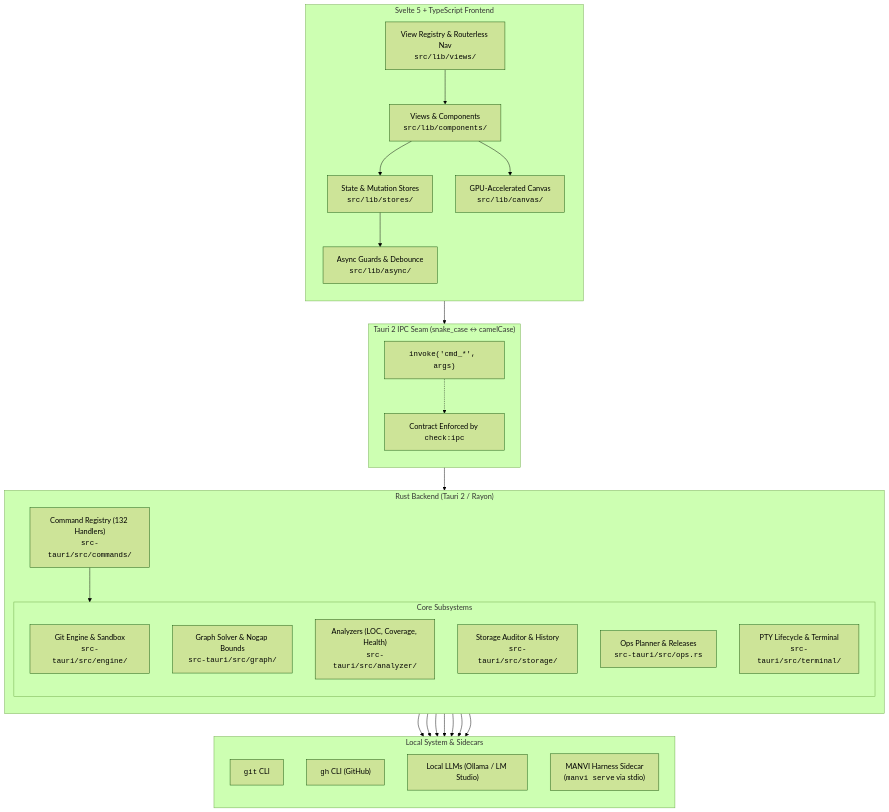
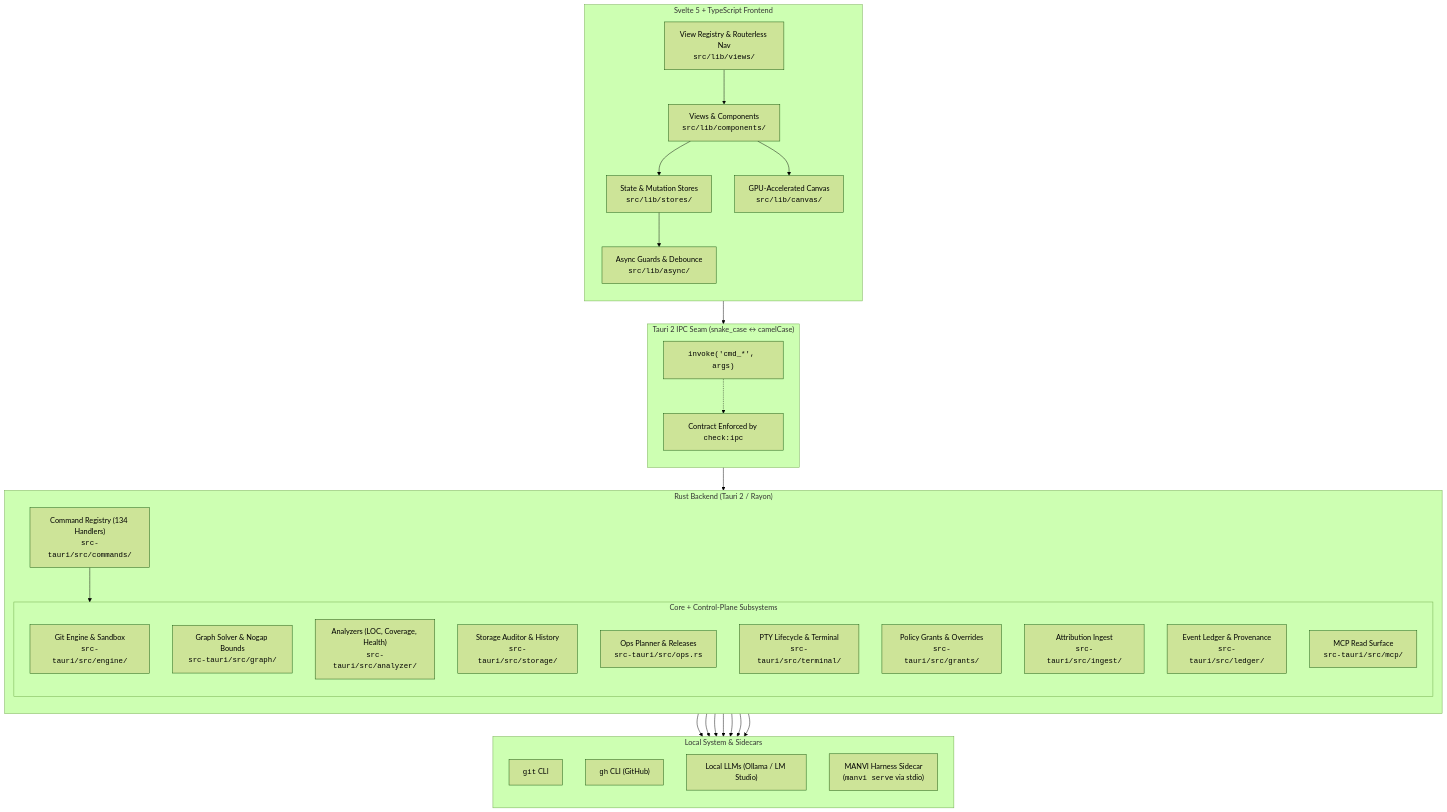
One commit to bharathvbcr/GitPulse changed the first of 4 diagrams in docs/ARCHITECTURE.md. Above: the diagram before and after it, drawn with Mermaid (forest theme). The commit also changed other lines of this file and 119 other files, not shown here.

````diff
--- a/docs/ARCHITECTURE.md
+++ b/docs/ARCHITECTURE.md
@@ -5,57 +5,61 @@
 ```mermaid
 flowchart TB
     subgraph Frontend["Svelte 5 + TypeScript Frontend"]
         direction TB
         UI["Views & Components<br/><code>src/lib/components/</code>"]
         Stores["State & Mutation Stores<br/><code>src/lib/stores/</code>"]
         Registry["View Registry & Routerless Nav<br/><code>src/lib/views/</code>"]
         Canvas["GPU-Accelerated Canvas<br/><code>src/lib/canvas/</code>"]
         Async["Async Guards & Debounce<br/><code>src/lib/async/</code>"]
         
         UI --> Stores
         UI --> Canvas
         Stores --> Async
         Registry --> UI
     end
 
     subgraph IPC["Tauri 2 IPC Seam (snake_case ↔ camelCase)"]
         direction TB
         Invoke["<code>invoke('cmd_*', args)</code>"]
         ContractCheck["Contract Enforced by <code>check:ipc</code>"]
         Invoke -.-> ContractCheck
     end
 
     subgraph Backend["Rust Backend (Tauri 2 / Rayon)"]
         direction TB
-        CmdRegistry["Command Registry (132 Handlers)<br/><code>src-tauri/src/commands/</code>"]
+        CmdRegistry["Command Registry (134 Handlers)<br/><code>src-tauri/src/commands/</code>"]
         
-        subgraph Subsystems["Core Subsystems"]
+        subgraph Subsystems["Core + Control-Plane Subsystems"]
             GitEngine["Git Engine & Sandbox<br/><code>src-tauri/src/engine/</code>"]
             GraphSolver["Graph Solver & Nogap Bounds<br/><code>src-tauri/src/graph/</code>"]
             Analyzers["Analyzers (LOC, Coverage, Health)<br/><code>src-tauri/src/analyzer/</code>"]
             StorageAuditor["Storage Auditor & History<br/><code>src-tauri/src/storage/</code>"]
             OpsPlanner["Ops Planner & Releases<br/><code>src-tauri/src/ops.rs</code>"]
             PtyTerminal["PTY Lifecycle & Terminal<br/><code>src-tauri/src/terminal/</code>"]
+            Grants["Policy Grants & Overrides<br/><code>src-tauri/src/grants/</code>"]
+            Ingest["Attribution Ingest<br/><code>src-tauri/src/ingest/</code>"]
+            Ledger["Event Ledger & Provenance<br/><code>src-tauri/src/ledger/</code>"]
+            MCP["MCP Read Surface<br/><code>src-tauri/src/mcp/</code>"]
         end
         
         CmdRegistry --> Subsystems
     end
 
     subgraph External["Local System & Sidecars"]
         direction TB
         LocalGit["<code>git</code> CLI"]
         LocalGh["<code>gh</code> CLI (GitHub)"]
         LocalLLM["Local LLMs (Ollama / LM Studio)"]
         ManviSidecar["MANVI Harness Sidecar<br/>(<code>manvi serve</code> via stdio)"]
     end
 
     Async --> Invoke
     Invoke --> CmdRegistry
     GitEngine --> LocalGit
     Analyzers --> LocalGit
     Analyzers --> LocalGh
     Analyzers --> LocalLLM
     OpsPlanner --> LocalGh
     OpsPlanner --> ManviSidecar
     Subsystems --> ManviSidecar
 ```
````
